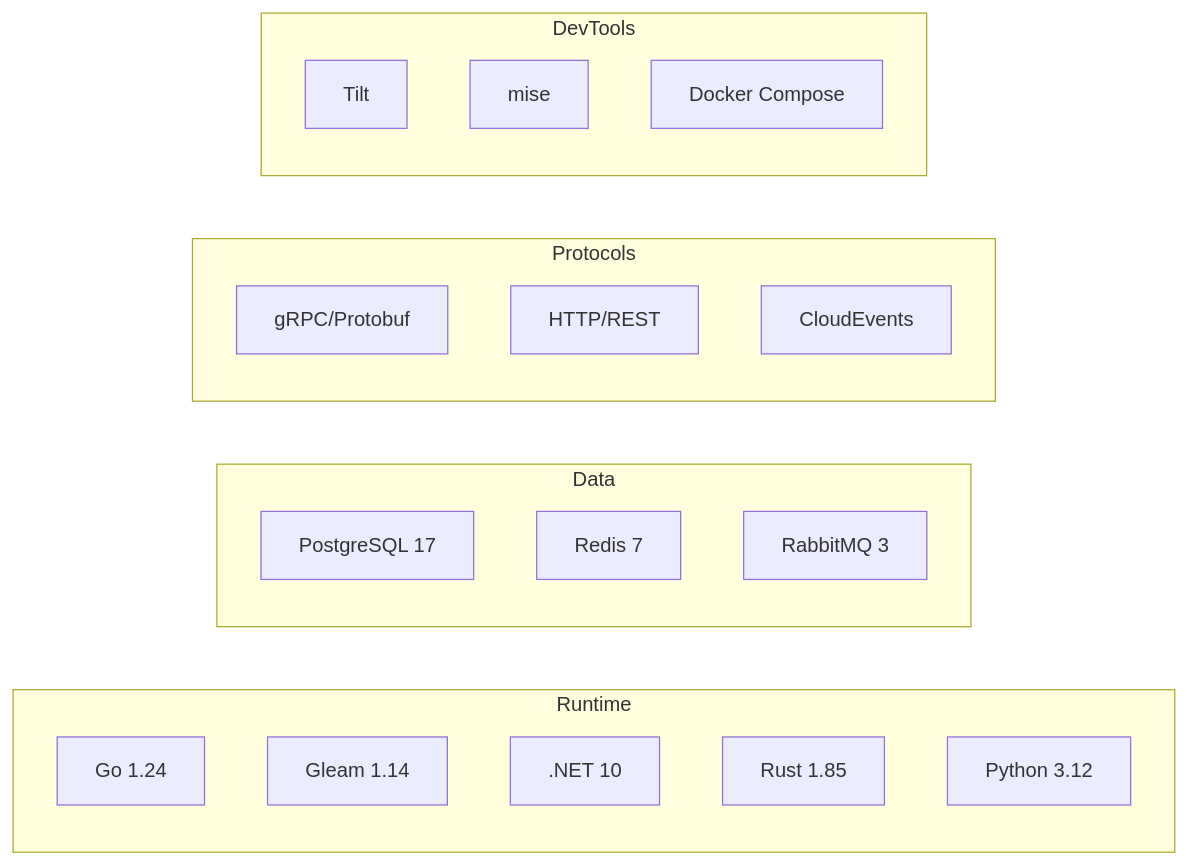
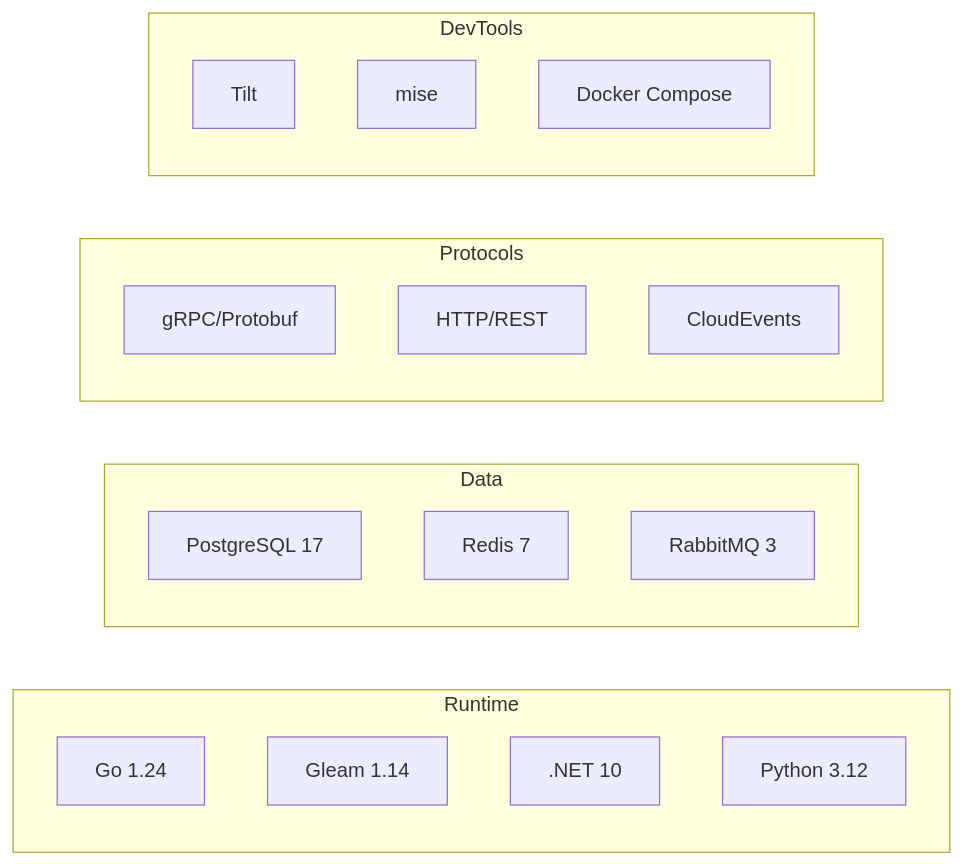
One commit to Nechja/hellArch changed the second of 4 diagrams in docs/architecture/index.md. Above: the diagram before and after it, drawn with Mermaid. The commit also changed other lines of this file and 254 other files, not shown here.

````diff
--- a/docs/architecture/index.md
+++ b/docs/architecture/index.md
@@ -67,28 +61,27 @@
 ```mermaid
 graph LR
     subgraph Runtime
         GO[Go 1.24]
         GLEAM[Gleam 1.14]
         DOTNET[.NET 10]
-        RUST[Rust 1.85]
         PY[Python 3.12]
     end
 
     subgraph Data
         PG[PostgreSQL 17]
         RD[Redis 7]
         RMQ[RabbitMQ 3]
     end
 
     subgraph Protocols
         GRPC[gRPC/Protobuf]
         HTTP[HTTP/REST]
         CE[CloudEvents]
     end
 
     subgraph DevTools
         TILT[Tilt]
         MISE[mise]
         DOCKER[Docker Compose]
     end
 ```
````
